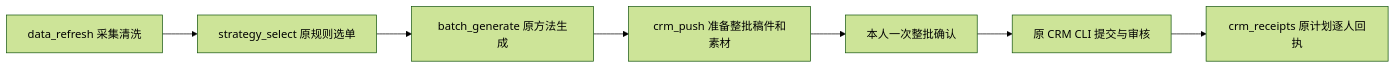
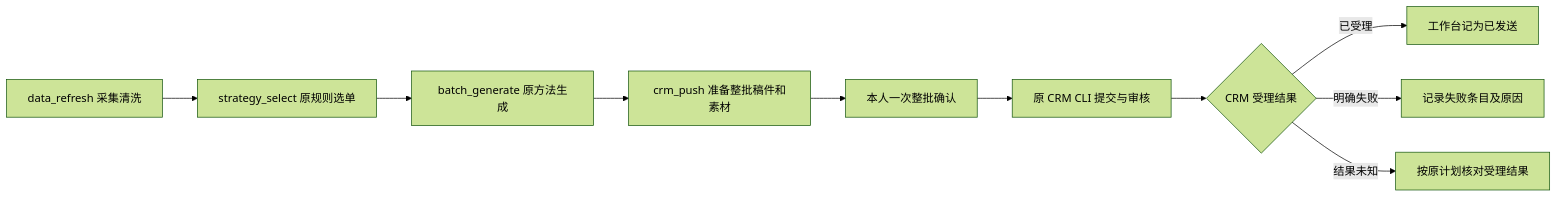
One commit to qianlan33333-png/project-workbench-classroom changed the first of 3 diagrams in native/docs/OPERATIONS.md. Above: the diagram before and after it, drawn with Mermaid (forest theme). The commit also changed other lines of this file and 11 other files, not shown here.

````diff
--- a/native/docs/OPERATIONS.md
+++ b/native/docs/OPERATIONS.md
@@ -5,9 +5,12 @@
 ```mermaid
 flowchart LR
  A[data_refresh 采集清洗] --> B[strategy_select 原规则选单]
  B --> C[batch_generate 原方法生成]
  C --> D[crm_push 准备整批稿件和素材]
  D --> E[本人一次整批确认]
  E --> F[原 CRM CLI 提交与审核]
- F --> G[crm_receipts 原计划逐人回执]
+ F --> G{CRM 受理结果}
+ G -->|已受理| H[工作台记为已发送]
+ G -->|明确失败| I[记录失败条目及原因]
+ G -->|结果未知| J[按原计划核对受理结果]
 ```
````
